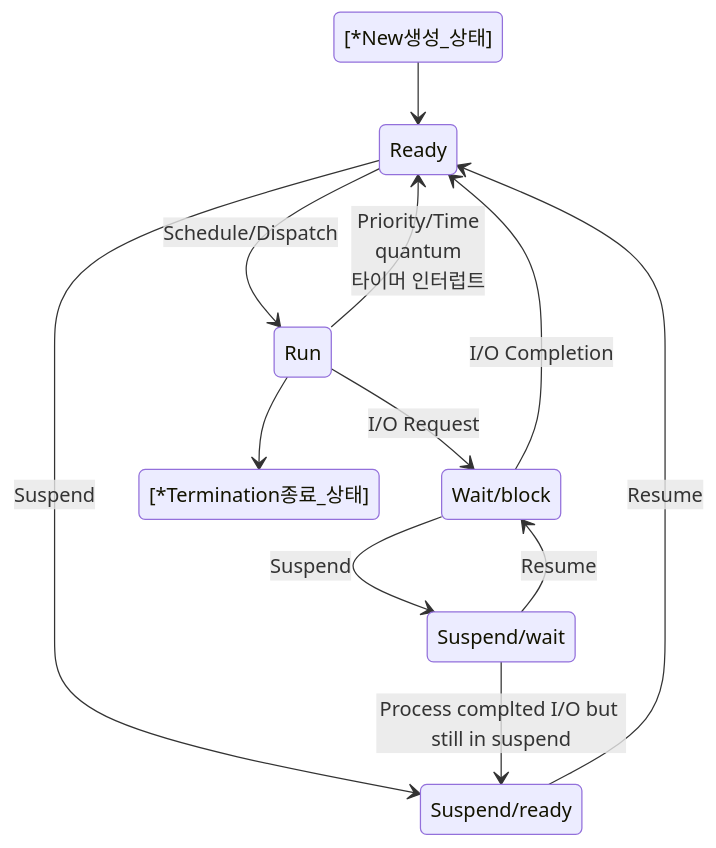
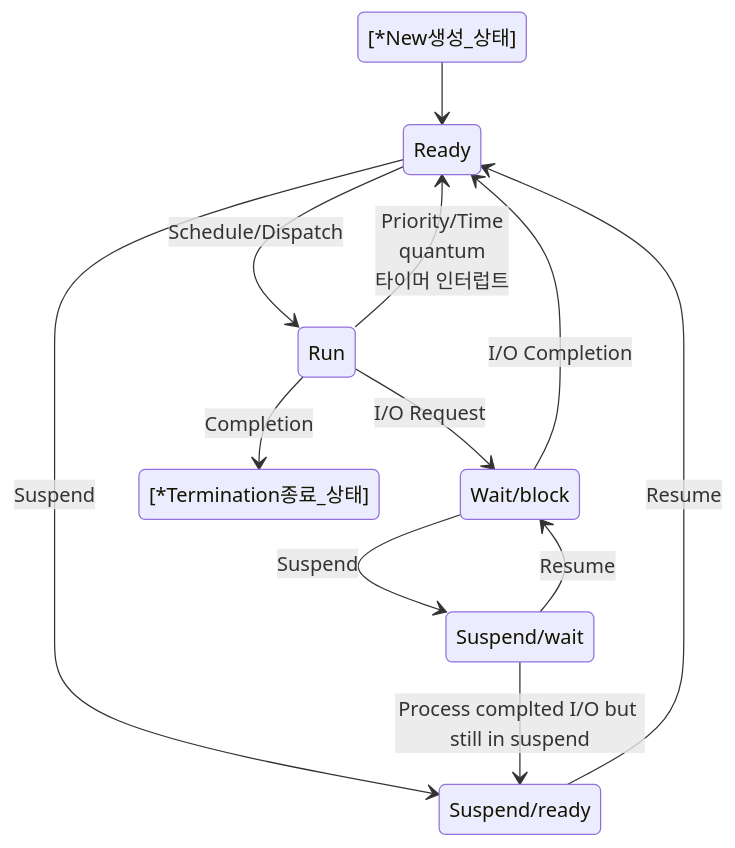
Before and after one commit to YoungHaKim7/Algorithm_Training: the first of 2 diagrams in 06_OS_Algorithm/README.md, drawn with Mermaid.

Commit message:
Process status

````diff
--- a/06_OS_Algorithm/README.md
+++ b/06_OS_Algorithm/README.md
@@ -17,15 +17,15 @@
 ```mermaid
 stateDiagram-v2
     [*New생성_상태] --> Ready
     Ready --> Run : Schedule/Dispatch
     Run --> Ready : Priority/Time<br>quantum<br>타이머 인터럽트
     Ready --> Suspend/ready : Suspend
     Suspend/ready --> Ready : Resume
     Run --> Wait/block : I/O Request
     Wait/block --> Ready : I/O Completion
     Wait/block --> Suspend/wait : Suspend
     Suspend/wait --> Wait/block: Resume
     Suspend/wait --> Suspend/ready : Process complted I/O but still in suspend
-    Run --> [*Termination종료_상태]
+    Run --> [*Termination종료_상태] : Completion
 
 ```
````
